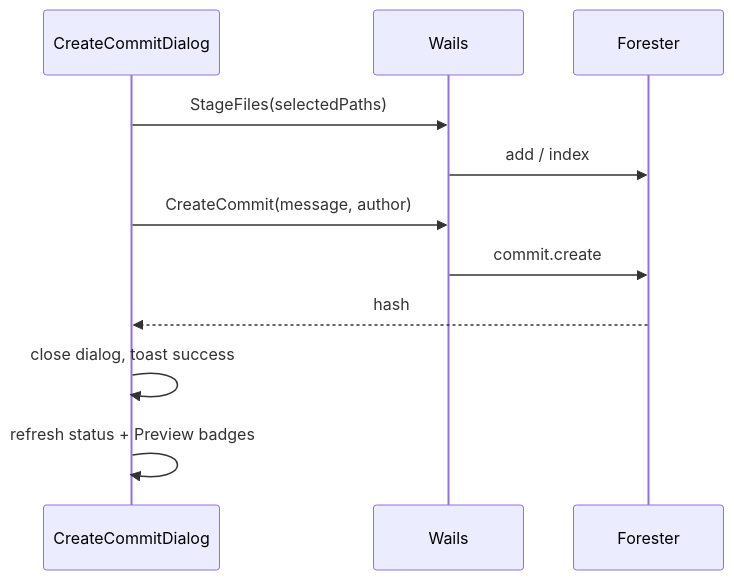
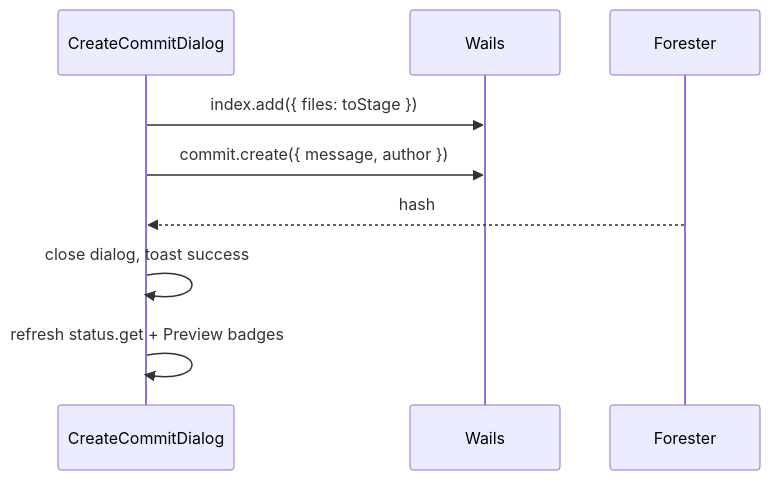
The diagram in .cursor/interface/create-commit-dialog.md (DSLitvinov/difference-machine), drawn with Mermaid before and after one commit. The commit also changed other lines of this file and 25 other files, not shown here.

````diff
--- a/.cursor/interface/create-commit-dialog.md
+++ b/.cursor/interface/create-commit-dialog.md
@@ -48,14 +58,12 @@
 ```mermaid
 sequenceDiagram
   participant UI as CreateCommitDialog
   participant W as Wails
   participant F as Forester
 
-  UI->>W: StageFiles(selectedPaths)
-  W->>F: add / index
-  UI->>W: CreateCommit(message, author)
-  W->>F: commit.create
+  UI->>W: index.add({ files: toStage })
+  UI->>W: commit.create({ message, author })
   F-->>UI: hash
   UI->>UI: close dialog, toast success
-  UI->>UI: refresh status + Preview badges
+  UI->>UI: refresh status.get + Preview badges
 ```
````
